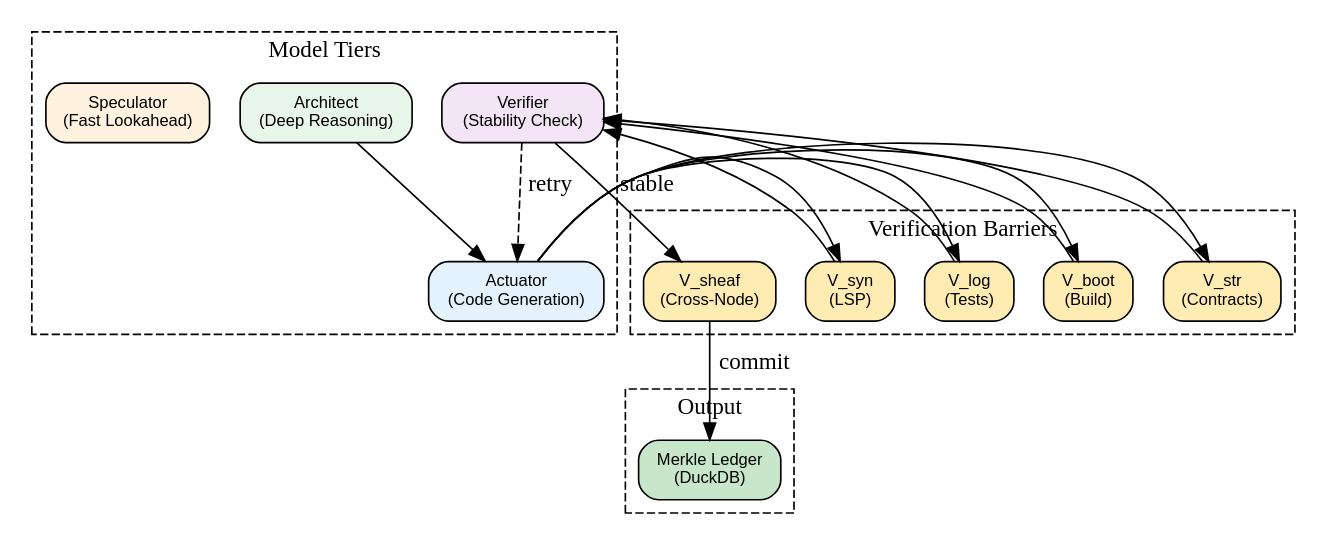
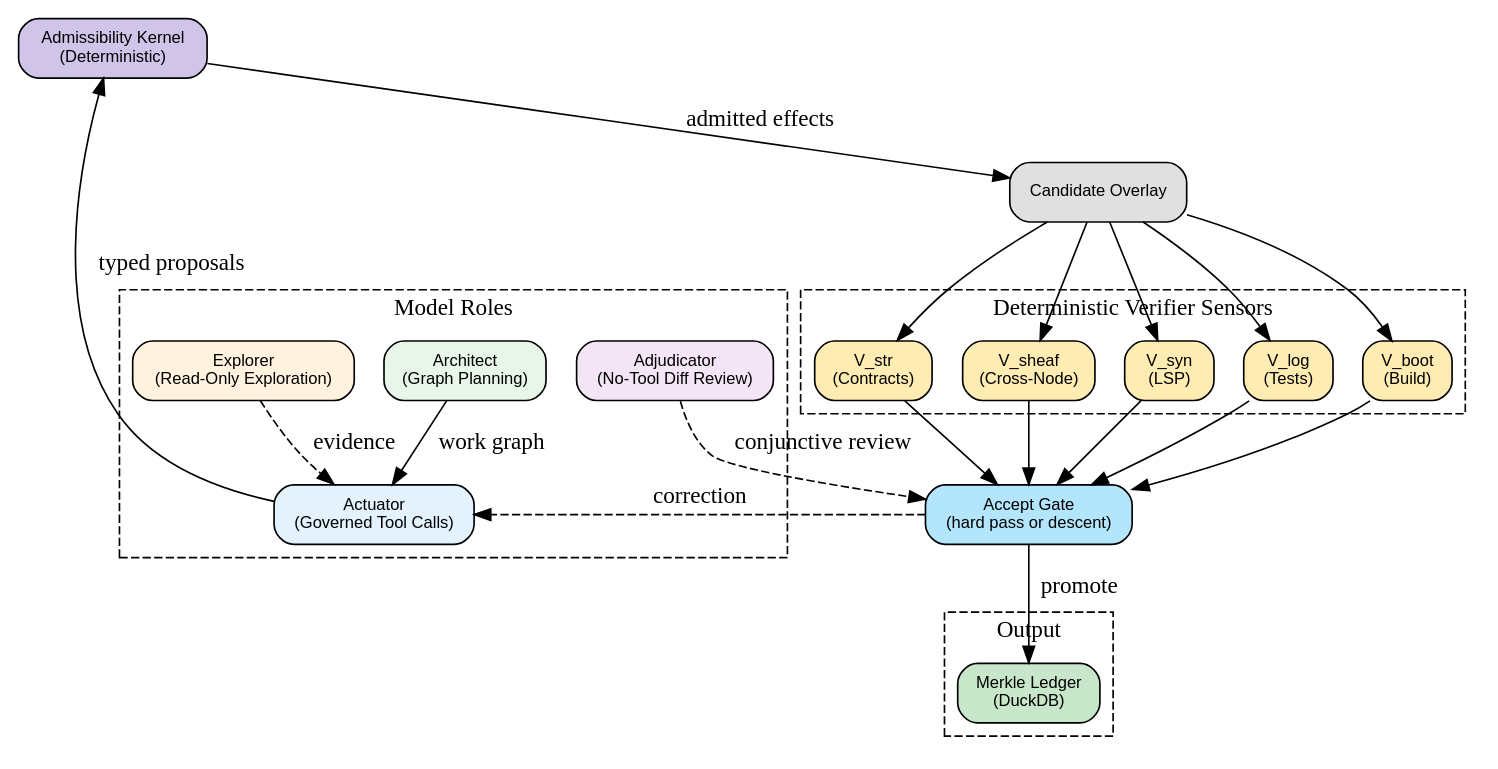
One commit to eonseed/perspt changed the diagram in docs/perspt_book/source/concepts/srbn-architecture.rst. Above: the diagram before and after it, drawn with Graphviz. The commit also changed other lines of this file and 51 other files, not shown here.

```diff
--- a/docs/perspt_book/source/concepts/srbn-architecture.rst
+++ b/docs/perspt_book/source/concepts/srbn-architecture.rst
@@ -53,47 +55,57 @@
 .. graphviz::
    :align: center
    :caption: SRBN Architecture
 
    digraph srbn {
        rankdir=TB;
        compound=true;
        node [shape=box, style="rounded,filled", fontname="Helvetica", fontsize=10];
 
-       subgraph cluster_tiers {
-           label="Model Tiers";
+       subgraph cluster_models {
+           label="Model Roles";
            style=dashed;
-           arch [label="Architect\n(Deep Reasoning)", fillcolor="#E8F5E9"];
-           act [label="Actuator\n(Code Generation)", fillcolor="#E3F2FD"];
-           ver [label="Verifier\n(Stability Check)", fillcolor="#F3E5F5"];
-           spec [label="Speculator\n(Fast Lookahead)", fillcolor="#FFF3E0"];
+           arch [label="Architect\n(Graph Planning)", fillcolor="#E8F5E9"];
+           act [label="Actuator\n(Governed Tool Calls)", fillcolor="#E3F2FD"];
+           exp [label="Explorer\n(Read-Only Exploration)", fillcolor="#FFF3E0"];
+           adj [label="Adjudicator\n(No-Tool Diff Review)", fillcolor="#F3E5F5"];
        }
 
+       kernel [label="Admissibility Kernel\n(Deterministic)", fillcolor="#D1C4E9"];
+       cand [label="Candidate Overlay", fillcolor="#E0E0E0"];
+
        subgraph cluster_barriers {
-           label="Verification Barriers";
+           label="Deterministic Verifier Sensors";
            style=dashed;
            lsp [label="V_syn\n(LSP)", fillcolor="#FFECB3"];
            tests [label="V_log\n(Tests)", fillcolor="#FFECB3"];
            boot [label="V_boot\n(Build)", fillcolor="#FFECB3"];
            struct [label="V_str\n(Contracts)", fillcolor="#FFECB3"];
            sheaf [label="V_sheaf\n(Cross-Node)", fillcolor="#FFECB3"];
        }
 
+       gate [label="Accept Gate\n(hard pass or descent)", fillcolor="#B3E5FC"];
+
        subgraph cluster_output {
            label="Output";
            style=dashed;
            ledger [label="Merkle Ledger\n(DuckDB)", fillcolor="#C8E6C9"];
        }
 
-       arch -> act;
-       act -> lsp;
-       act -> tests;
-       act -> boot;
-       act -> struct;
-       lsp -> ver;
-       tests -> ver;
-       boot -> ver;
-       struct -> ver;
-       ver -> act [label="retry", style=dashed];
-       ver -> sheaf [label="stable"];
-       sheaf -> ledger [label="commit"];
+       arch -> act [label="work graph"];
+       exp -> act [label="evidence", style=dashed];
+       act -> kernel [label="typed proposals"];
+       kernel -> cand [label="admitted effects"];
+       cand -> lsp;
+       cand -> tests;
+       cand -> boot;
+       cand -> struct;
+       cand -> sheaf;
+       lsp -> gate;
+       tests -> gate;
+       boot -> gate;
+       struct -> gate;
+       sheaf -> gate;
+       adj -> gate [label="conjunctive review", style=dashed];
+       gate -> act [label="correction", style=dashed];
+       gate -> ledger [label="promote"];
    }
```
